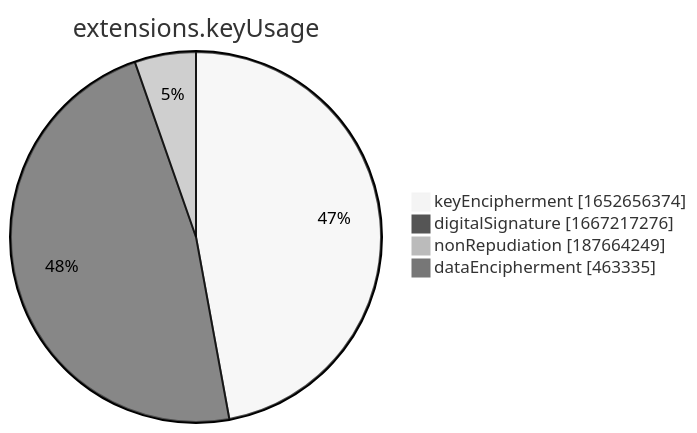
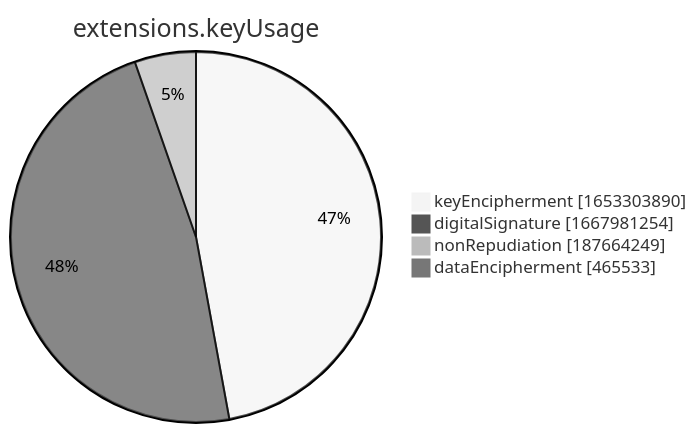
One commit to christiankrug/ctmonitor_visualization changed the seventh of 15 diagrams in xenon2022/README.md. Above: the diagram before and after it, drawn with Mermaid (neutral theme). The commit also changed other lines of this file, not shown here.

````diff
--- a/xenon2022/README.md
+++ b/xenon2022/README.md
@@ -2857,8 +2857,8 @@
 ```mermaid
 pie showData
 title extensions.keyUsage
-"keyEncipherment" :1652656374
-"digitalSignature" :1667217276
+"keyEncipherment" :1653303890
+"digitalSignature" :1667981254
 "nonRepudiation" :187664249
-"dataEncipherment" :463335
+"dataEncipherment" :465533
 ```
````
